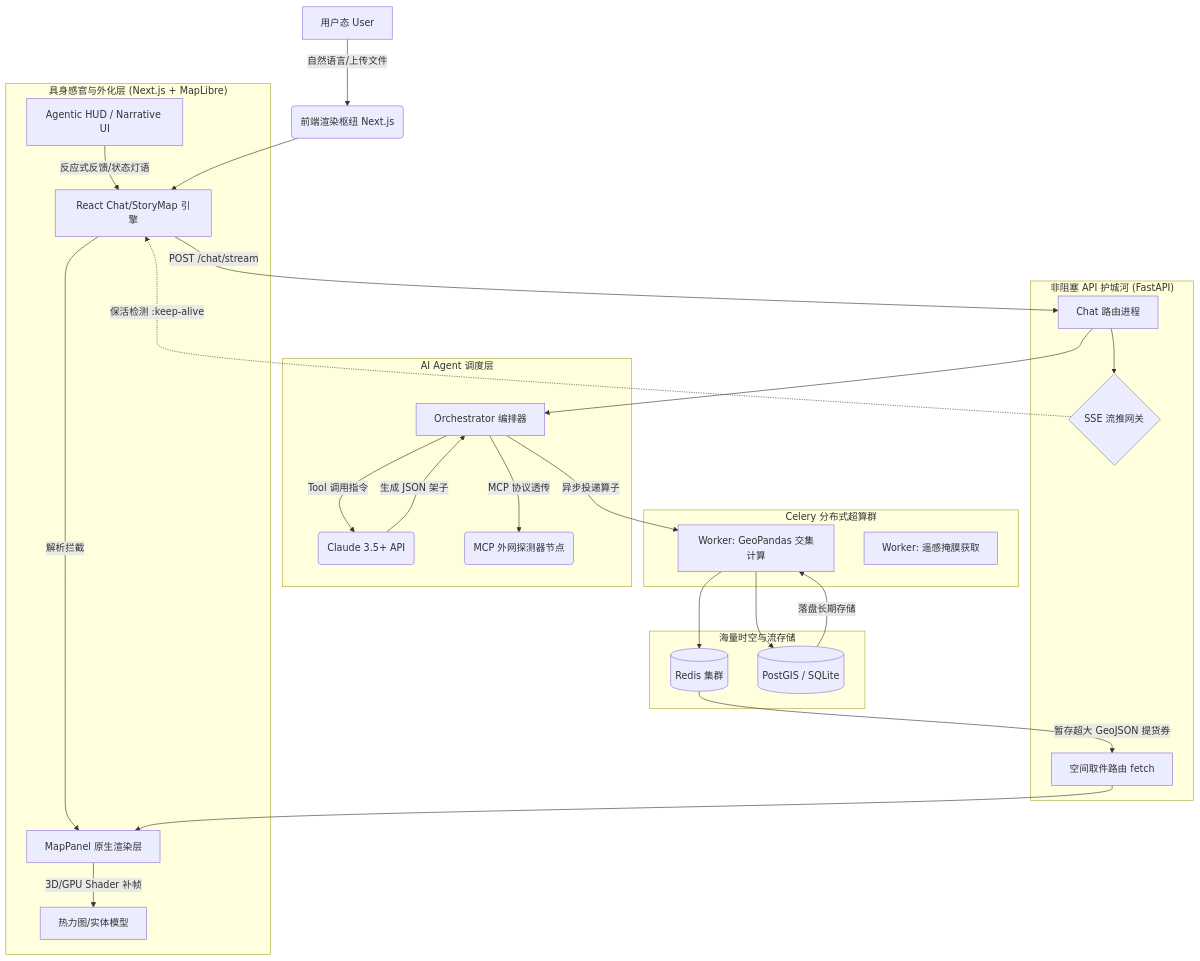
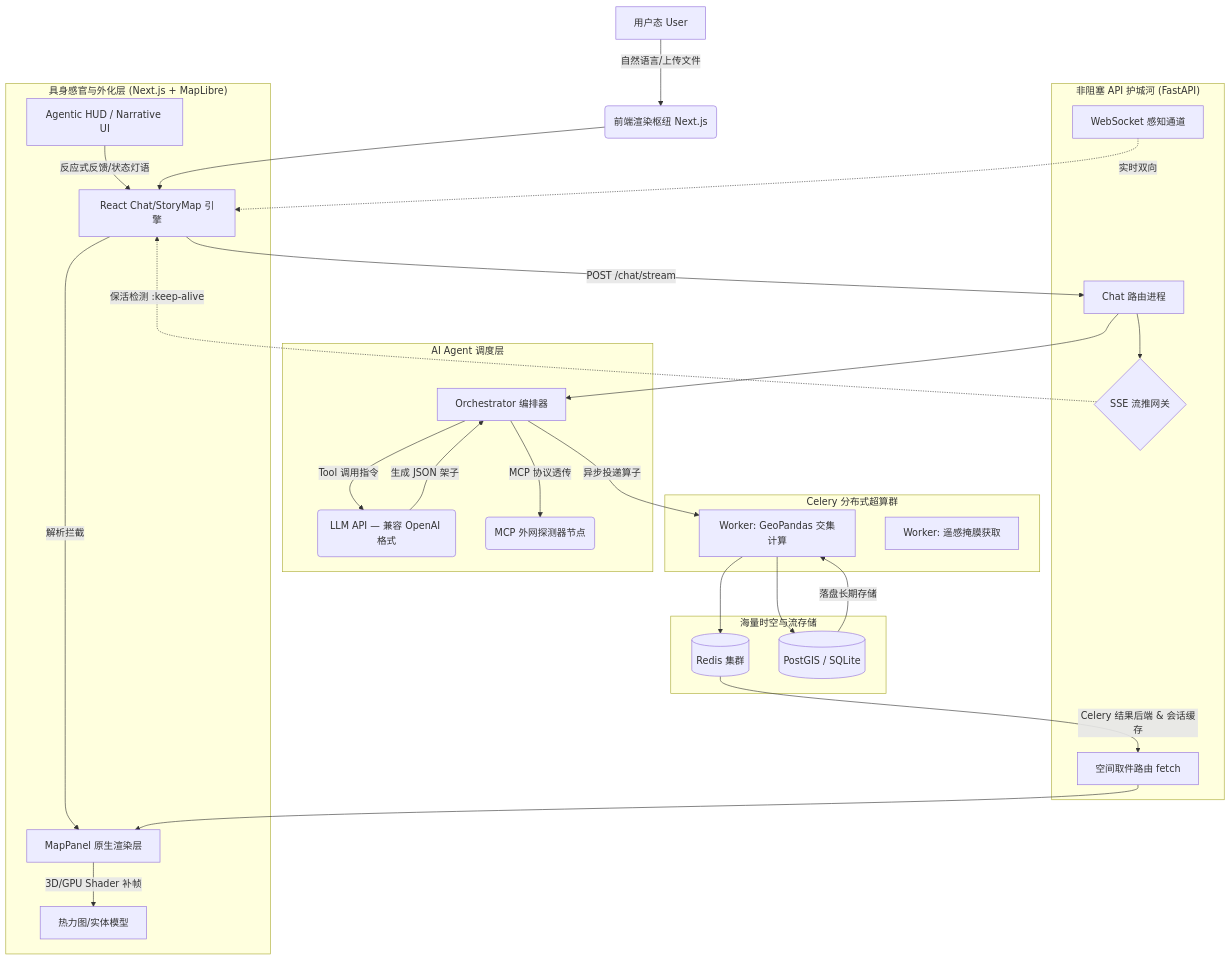
The diagram in docs/architecture.md (WindWang2/webgis-ai-agent), drawn with Mermaid before and after one commit. The commit also changed other lines of this file and 13 other files, not shown here.

First line of the commit message:
feat: LLM true streaming, Redis session backend, and spatial tool enhancements

````diff
--- a/docs/architecture.md
+++ b/docs/architecture.md
@@ -17,39 +17,40 @@
 ```mermaid
 graph TD
     A[用户态 User] -->|自然语言/上传文件| B(前端渲染枢纽 Next.js)
     
     subgraph 前端渲染枢纽 ["具身感官与外化层 (Next.js + MapLibre)"]
     B1[React Chat/StoryMap 引擎] --> |解析拦截| B2[MapPanel 原生渲染层]
     B2 --> |3D/GPU Shader 补帧| B3[热力图/实体模型]
     B4[Agentic HUD / Narrative UI] --> |反应式反馈/状态灯语| B1
     end
     B --> B1
 
     
     subgraph 边界网关 ["非阻塞 API 护城河 (FastAPI)"]
     C{SSE 流推网关} -.-> |保活检测 :keep-alive| B1
     C1[Chat 路由进程] --> C
     C2[空间取件路由 fetch] --> B2
+    C3[WebSocket 感知通道] -.-> |实时双向| B1
     end
     B1 -->|POST /chat/stream| C1
     
     subgraph 大脑中枢 ["AI Agent 调度层"]
-    D[Orchestrator 编排器] --> |Tool 调用指令| D1(Claude 3.5+ API)
+    D[Orchestrator 编排器] --> |Tool 调用指令| D1(LLM API — 兼容 OpenAI 格式)
     D1 --> |生成 JSON 架子| D
     D --> |MCP 协议透传| D2(MCP 外网探测器节点)
     end
     C1 --> D
     
     subgraph 重算隔离区 ["Celery 分布式超算群"]
     E[Worker: GeoPandas 交集计算] 
     E1[Worker: 遥感掩膜获取]
     end
     D -->|异步投递算子| E
     
     subgraph 数据弹药库 ["海量时空与流存储"]
-    F[(Redis 集群)] --> |暂存超大 GeoJSON 提货券| C2
+    F[(Redis 集群)] --> |Celery 结果后端 & 会话缓存| C2
     F1[(PostGIS / SQLite)] --> |落盘长期存储| E
     end
     E --> F
     E --> F1
 ```
````
